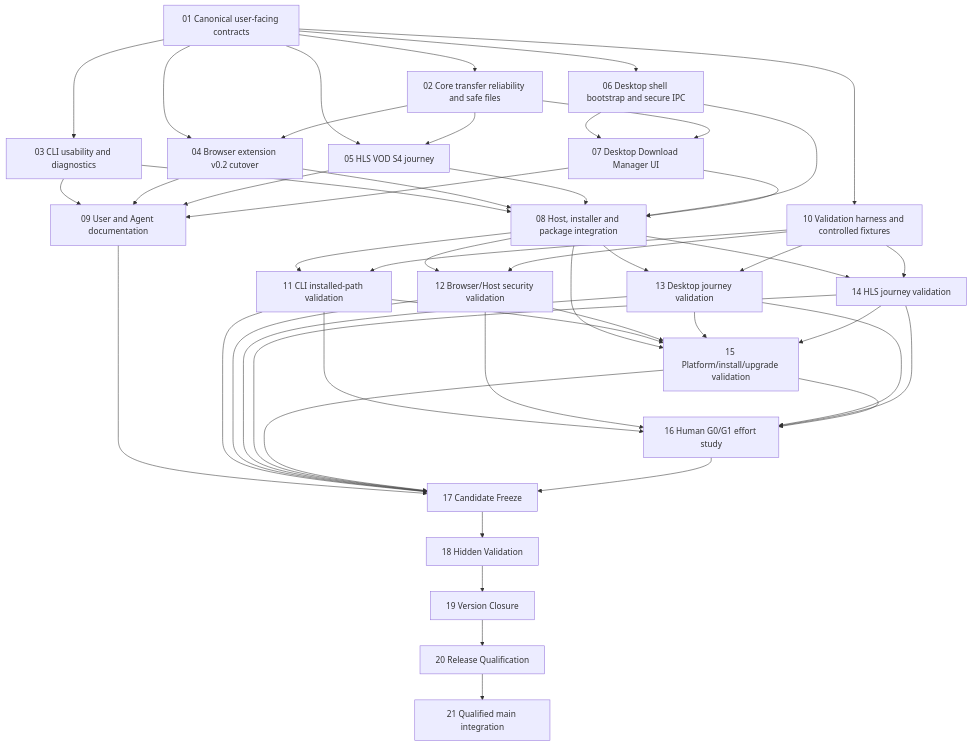
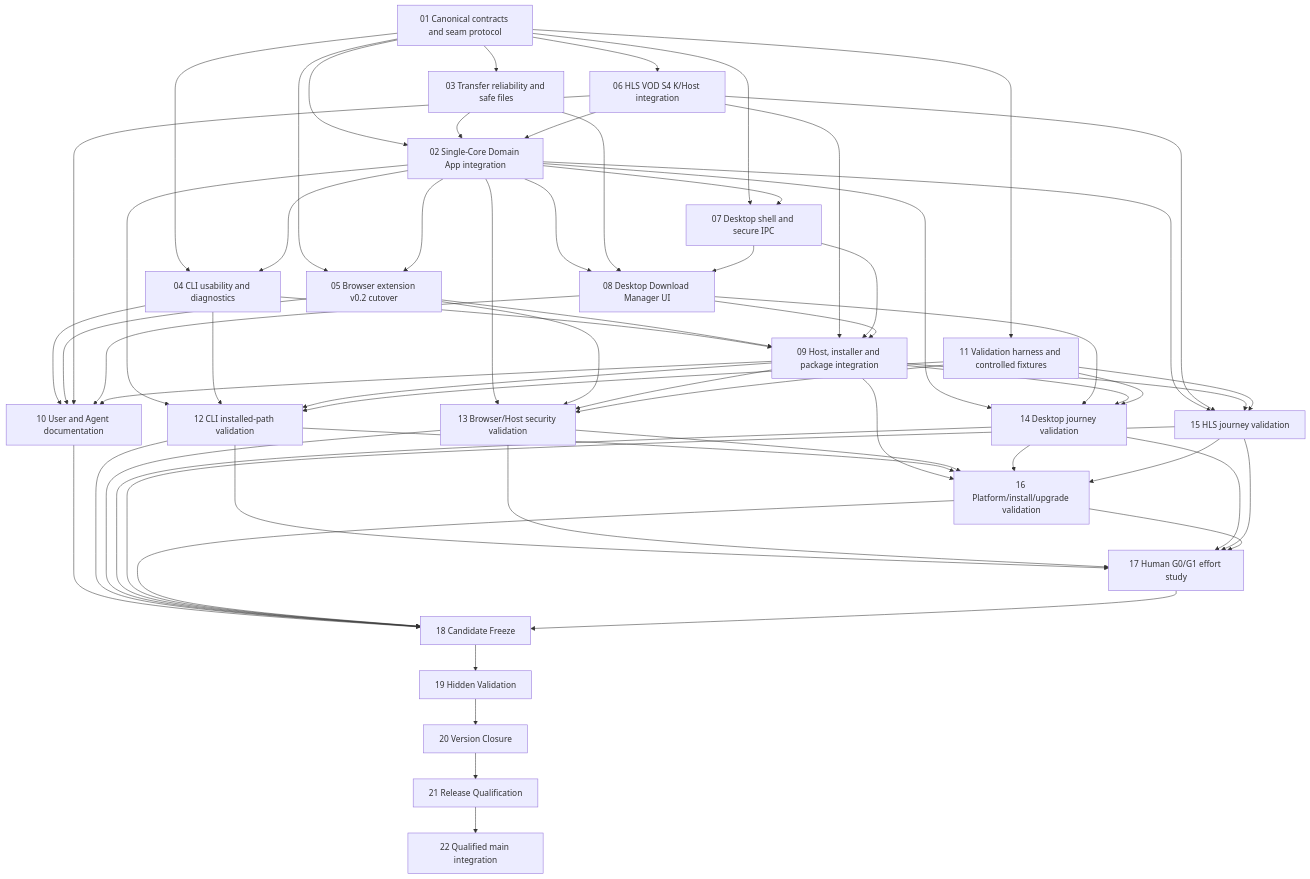
Before and after one commit to kaicreator-mm/xDownload: the diagram in docs/implementation/v0.2.1/TASK_DAG_R0.md, drawn with Mermaid. The commit also changed other lines of this file, not shown here.

Commit message:
docs(v0.2.1): refine DAG for single-Core Domain App routing

````diff
--- a/docs/implementation/v0.2.1/TASK_DAG_R0.md
+++ b/docs/implementation/v0.2.1/TASK_DAG_R0.md
@@ -26,70 +27,85 @@
 ```mermaid
 flowchart TD
-  T01[01 Canonical user-facing contracts]
-  T02[02 Core transfer reliability and safe files]
-  T03[03 CLI usability and diagnostics]
-  T04[04 Browser extension v0.2 cutover]
-  T05[05 HLS VOD S4 journey]
-  T06[06 Desktop shell bootstrap and secure IPC]
-  T07[07 Desktop Download Manager UI]
-  T08[08 Host, installer and package integration]
-  T09[09 User and Agent documentation]
-  T10[10 Validation harness and controlled fixtures]
-  T11[11 CLI installed-path validation]
-  T12[12 Browser/Host security validation]
-  T13[13 Desktop journey validation]
-  T14[14 HLS journey validation]
-  T15[15 Platform/install/upgrade validation]
-  T16[16 Human G0/G1 effort study]
-  T17[17 Candidate Freeze]
-  T18[18 Hidden Validation]
-  T19[19 Version Closure]
-  T20[20 Release Qualification]
-  T21[21 Qualified main integration]
+  T01[01 Canonical contracts and seam protocol]
+  T02[02 Single-Core Domain App integration]
+  T03[03 Transfer reliability and safe files]
+  T04[04 CLI usability and diagnostics]
+  T05[05 Browser extension v0.2 cutover]
+  T06[06 HLS VOD S4 K/Host integration]
+  T07[07 Desktop shell and secure IPC]
+  T08[08 Desktop Download Manager UI]
+  T09[09 Host, installer and package integration]
+  T10[10 User and Agent documentation]
+  T11[11 Validation harness and controlled fixtures]
+  T12[12 CLI installed-path validation]
+  T13[13 Browser/Host security validation]
+  T14[14 Desktop journey validation]
+  T15[15 HLS journey validation]
+  T16[16 Platform/install/upgrade validation]
+  T17[17 Human G0/G1 effort study]
+  T18[18 Candidate Freeze]
+  T19[19 Hidden Validation]
+  T20[20 Version Closure]
+  T21[21 Release Qualification]
+  T22[22 Qualified main integration]
 
   T01 --> T02
   T01 --> T03
   T01 --> T04
   T01 --> T05
   T01 --> T06
-  T01 --> T10
-  T06 --> T07
+  T01 --> T07
+  T01 --> T11
+  T03 --> T02
+  T06 --> T02
   T02 --> T04
   T02 --> T05
   T02 --> T07
+  T02 --> T08
   T03 --> T08
-  T04 --> T08
-  T05 --> T08
-  T06 --> T08
   T07 --> T08
-  T03 --> T09
   T04 --> T09
   T05 --> T09
+  T06 --> T09
   T07 --> T09
-  T08 --> T11
-  T10 --> T11
-  T08 --> T12
-  T10 --> T12
-  T08 --> T13
-  T10 --> T13
+  T08 --> T09
+  T04 --> T10
+  T05 --> T10
+  T06 --> T10
+  T08 --> T10
+  T09 --> T10
+  T02 --> T12
+  T04 --> T12
+  T09 --> T12
+  T11 --> T12
+  T02 --> T13
+  T05 --> T13
+  T09 --> T13
+  T11 --> T13
+  T02 --> T14
   T08 --> T14
-  T10 --> T14
-  T08 --> T15
+  T09 --> T14
+  T11 --> T14
+  T02 --> T15
+  T06 --> T15
+  T09 --> T15
   T11 --> T15
-  T12 --> T15
-  T13 --> T15
-  T14 --> T15
-  T11 --> T16
+  T09 --> T16
   T12 --> T16
   T13 --> T16
   T14 --> T16
   T15 --> T16
-  T09 --> T17
-  T11 --> T17
   T12 --> T17
   T13 --> T17
   T14 --> T17
   T15 --> T17
   T16 --> T17
-  T17 --> T18 --> T19 --> T20 --> T21
+  T10 --> T18
+  T12 --> T18
+  T13 --> T18
+  T14 --> T18
+  T15 --> T18
+  T16 --> T18
+  T17 --> T18
+  T18 --> T19 --> T20 --> T21 --> T22
 ```
````
